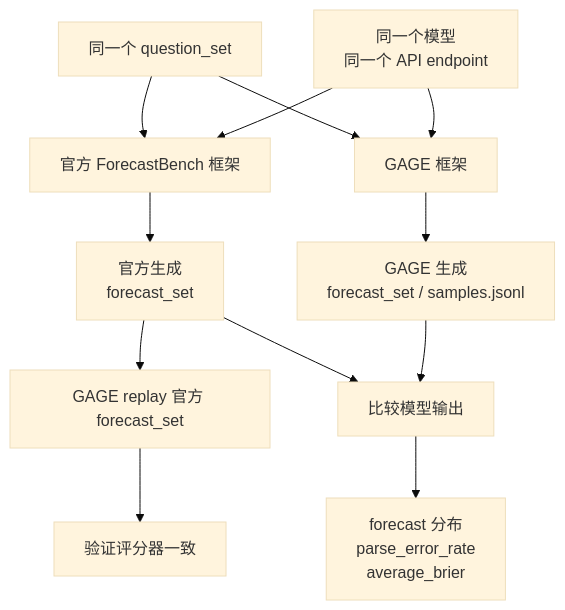
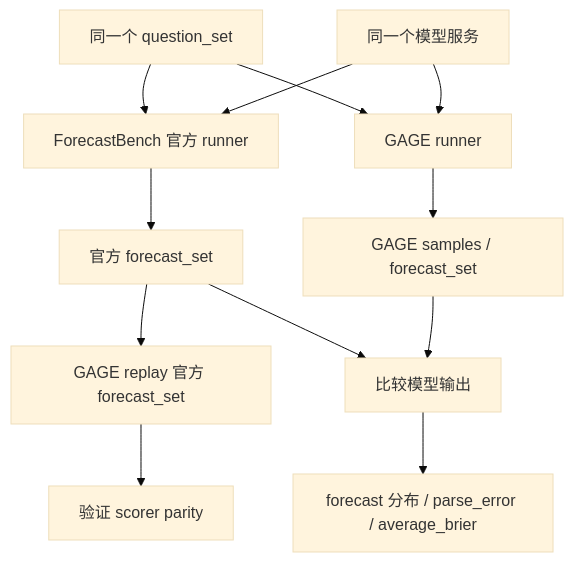
Before and after one commit to HiThink-Research/GAGE: the third of 3 diagrams in docs/guide/forecastbench-trust-validation.md, drawn with Mermaid (base theme). The commit also changed other lines of this file and 1 other file, not shown here.

````diff
--- a/docs/guide/forecastbench-trust-validation.md
+++ b/docs/guide/forecastbench-trust-validation.md
@@ -356,18 +272,14 @@
 ```mermaid
 flowchart TD
-    Q["同一个 question_set"] --> OF["官方 ForecastBench 框架"]
-    Q --> GF["GAGE 框架"]
-
-    M["同一个模型<br/>同一个 API endpoint"] --> OF
-    M --> GF
-
-    OF --> O1["官方生成<br/>forecast_set"]
-    GF --> G1["GAGE 生成<br/>forecast_set / samples.jsonl"]
-
-    O1 --> R1["GAGE replay 官方 forecast_set"]
-    R1 --> S1["验证评分器一致"]
-
-    O1 --> C["比较模型输出"]
-    G1 --> C
-    C --> D["forecast 分布<br/>parse_error_rate<br/>average_brier"]
+  Q["同一个 question_set"] --> O["ForecastBench 官方 runner"]
+  Q --> G["GAGE runner"]
+  M["同一个模型服务"] --> O
+  M --> G
+  O --> OF["官方 forecast_set"]
+  G --> GF["GAGE samples / forecast_set"]
+  OF --> R["GAGE replay 官方 forecast_set"]
+  R --> S["验证 scorer parity"]
+  OF --> C["比较模型输出"]
+  GF --> C
+  C --> D["forecast 分布 / parse_error / average_brier"]
 ```
````
